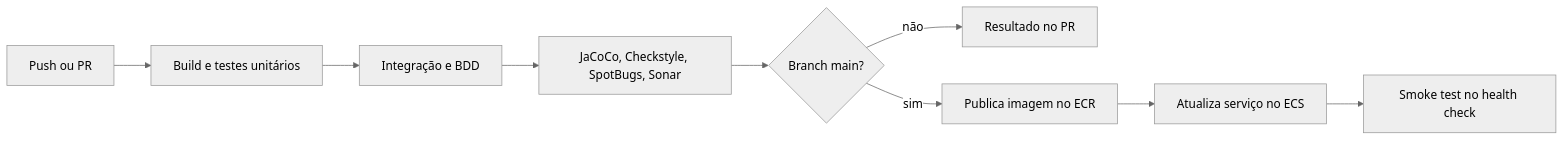
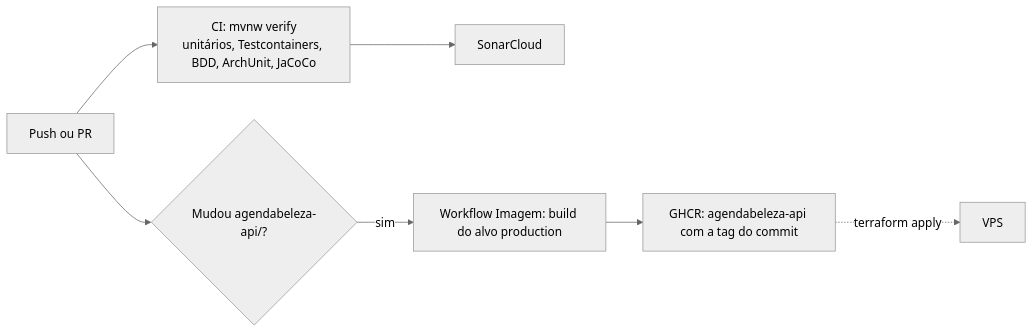
The seventh of 8 diagrams in artefatos/arquitetura-do-sistema.md (c-nnett/prova-sub-fase-3), drawn with Mermaid (neutral theme) before and after one commit. The commit also changed other lines of this file and 6 other files, not shown here.

Commit message:
doc: Registrando o deploy na VPS da HostGator com Terraform, Caddy e HTTPS via sslip.io

````diff
--- a/artefatos/arquitetura-do-sistema.md
+++ b/artefatos/arquitetura-do-sistema.md
@@ -442,11 +442,9 @@
 ```mermaid
 flowchart LR
-    push["Push ou PR"] --> build["Build e testes unitários"]
-    build --> it["Integração e BDD"]
-    it --> quality["JaCoCo, Checkstyle, SpotBugs, Sonar"]
-    quality --> main{"Branch main?"}
-    main -->|"não"| fim["Resultado no PR"]
-    main -->|"sim"| image["Publica imagem no ECR"]
-    image --> deploy["Atualiza serviço no ECS"]
-    deploy --> smoke["Smoke test no health check"]
+    push["Push ou PR"] --> verify["CI: mvnw verify<br/>unitários, Testcontainers, BDD, ArchUnit, JaCoCo"]
+    verify --> sonar["SonarCloud"]
+    push --> mudou{"Mudou agendabeleza-api/?"}
+    mudou -->|"sim"| image["Workflow Imagem: build do alvo production"]
+    image --> ghcr["GHCR: agendabeleza-api com a tag do commit"]
+    ghcr -.->|"terraform apply"| vps["VPS"]
 ```
````
